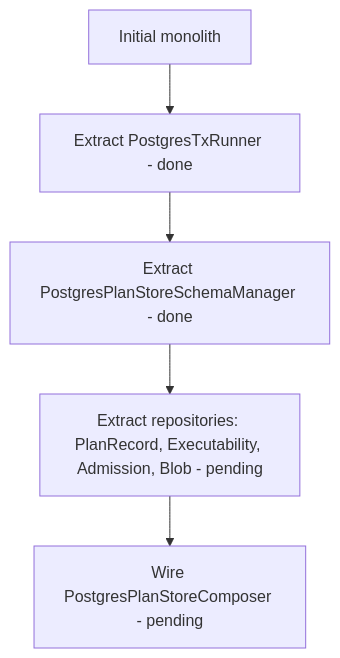
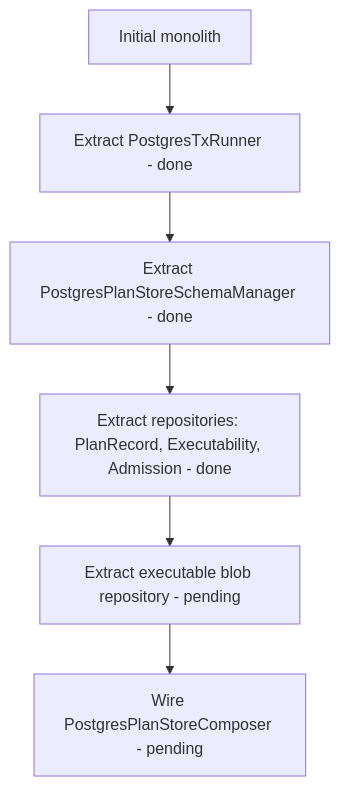
The third of 3 diagrams in docs/guides/postgres-plan-store-technical-manual-20260403.md (dunay2/dvt), drawn with Mermaid before and after one commit. The commit also changed other lines of this file and 2 other files, not shown here.

Commit message:
docs(docs): Update S08 docs after repository split

````diff
--- a/docs/guides/postgres-plan-store-technical-manual-20260403.md
+++ b/docs/guides/postgres-plan-store-technical-manual-20260403.md
@@ -174,10 +176,11 @@
 ```mermaid
 flowchart TD
   A[Initial monolith]
   B[Extract PostgresTxRunner - done]
   C[Extract PostgresPlanStoreSchemaManager - done]
-  D[Extract repositories: PlanRecord, Executability, Admission, Blob - pending]
-  E[Wire PostgresPlanStoreComposer - pending]
+  D[Extract repositories: PlanRecord, Executability, Admission - done]
+  E[Extract executable blob repository - pending]
+  F[Wire PostgresPlanStoreComposer - pending]
 
-  A --> B --> C --> D --> E
+  A --> B --> C --> D --> E --> F
 ```
````
